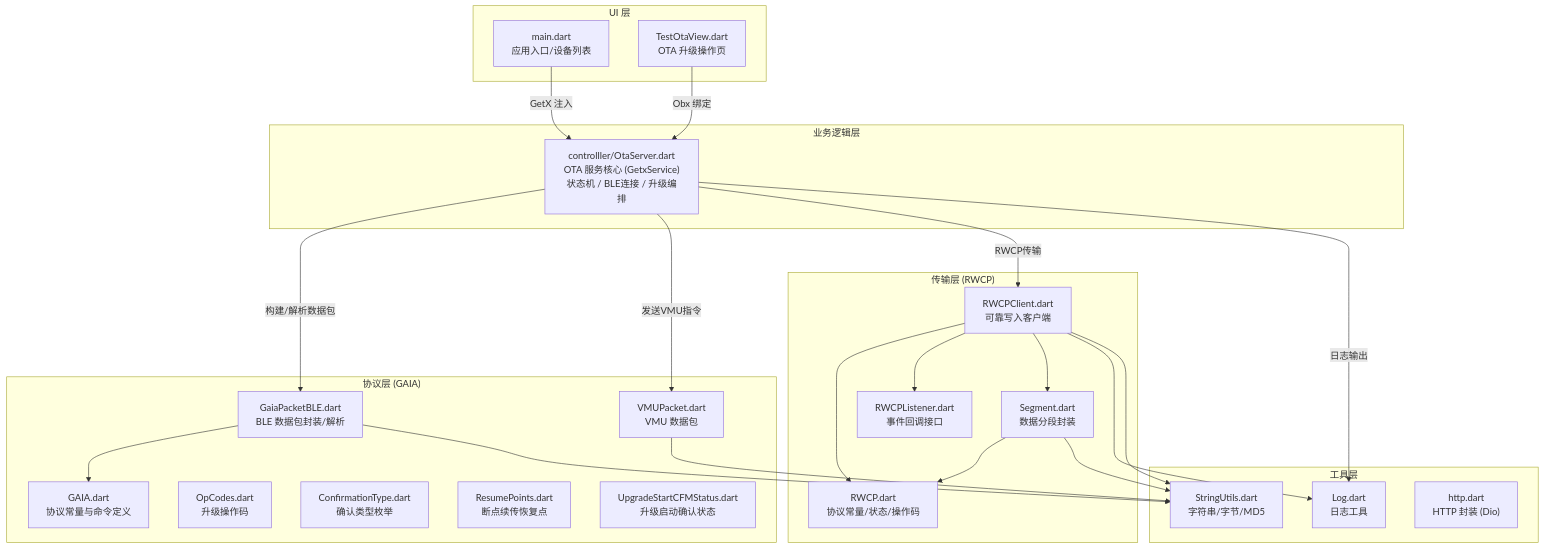
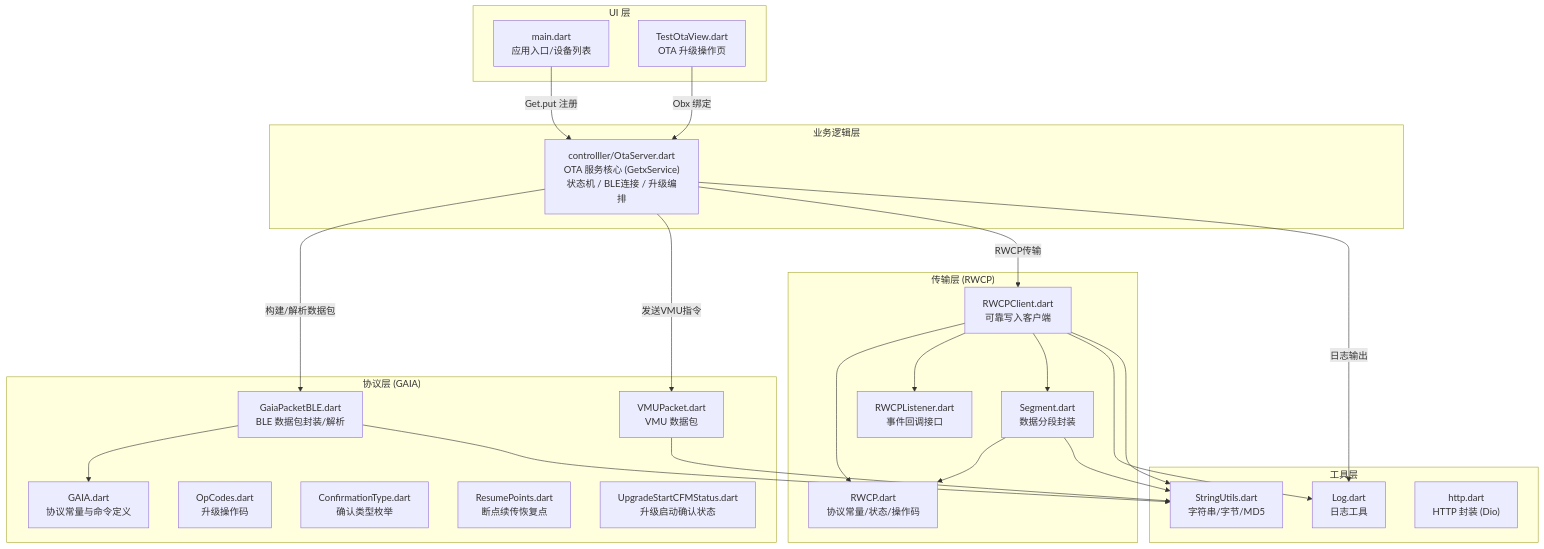
The first of 2 diagrams in CLAUDE.md (H-Chris233/Flutter-GAIAControl), drawn with Mermaid before and after one commit. The commit also changed other lines of this file and 3 other files, not shown here.

First line of the commit message:
docs(CLAUDE.md): 更新架构图注释和模块说明文档

````diff
--- a/CLAUDE.md
+++ b/CLAUDE.md
@@ -22,55 +22,55 @@
 ```mermaid
 graph TD
     subgraph UI["UI 层"]
         A["main.dart<br/>应用入口/设备列表"]
         B["TestOtaView.dart<br/>OTA 升级操作页"]
     end
 
     subgraph BIZ["业务逻辑层"]
         C["controlller/OtaServer.dart<br/>OTA 服务核心 (GetxService)<br/>状态机 / BLE连接 / 升级编排"]
     end
 
     subgraph PROTO["协议层 (GAIA)"]
         D["GAIA.dart<br/>协议常量与命令定义"]
         E["GaiaPacketBLE.dart<br/>BLE 数据包封装/解析"]
         F["OpCodes.dart<br/>升级操作码"]
         G["VMUPacket.dart<br/>VMU 数据包"]
         H["ConfirmationType.dart<br/>确认类型枚举"]
         I["ResumePoints.dart<br/>断点续传恢复点"]
         J["UpgradeStartCFMStatus.dart<br/>升级启动确认状态"]
     end
 
     subgraph RWCP_LAYER["传输层 (RWCP)"]
         K["RWCP.dart<br/>协议常量/状态/操作码"]
         L["RWCPClient.dart<br/>可靠写入客户端"]
         M["RWCPListener.dart<br/>事件回调接口"]
         N["Segment.dart<br/>数据分段封装"]
     end
 
     subgraph UTILS["工具层"]
         O["Log.dart<br/>日志工具"]
         P["StringUtils.dart<br/>字符串/字节/MD5"]
         Q["http.dart<br/>HTTP 封装 (Dio)"]
     end
 
-    A -->|"GetX 注入"| C
+    A -->|"Get.put 注册"| C
     B -->|"Obx 绑定"| C
     C -->|"构建/解析数据包"| E
     C -->|"发送VMU指令"| G
     C -->|"RWCP传输"| L
     C -->|"日志输出"| O
     E --> D
     E --> P
     G --> P
     L --> K
     L --> M
     L --> N
     L --> O
     L --> P
     N --> K
     N --> P
 
     click C "./lib/controlller/CLAUDE.md" "查看 controlller 模块文档"
     click D "./lib/utils/gaia/CLAUDE.md" "查看 gaia 模块文档"
     click K "./lib/utils/gaia/rwcp/CLAUDE.md" "查看 rwcp 模块文档"
 ```
````
